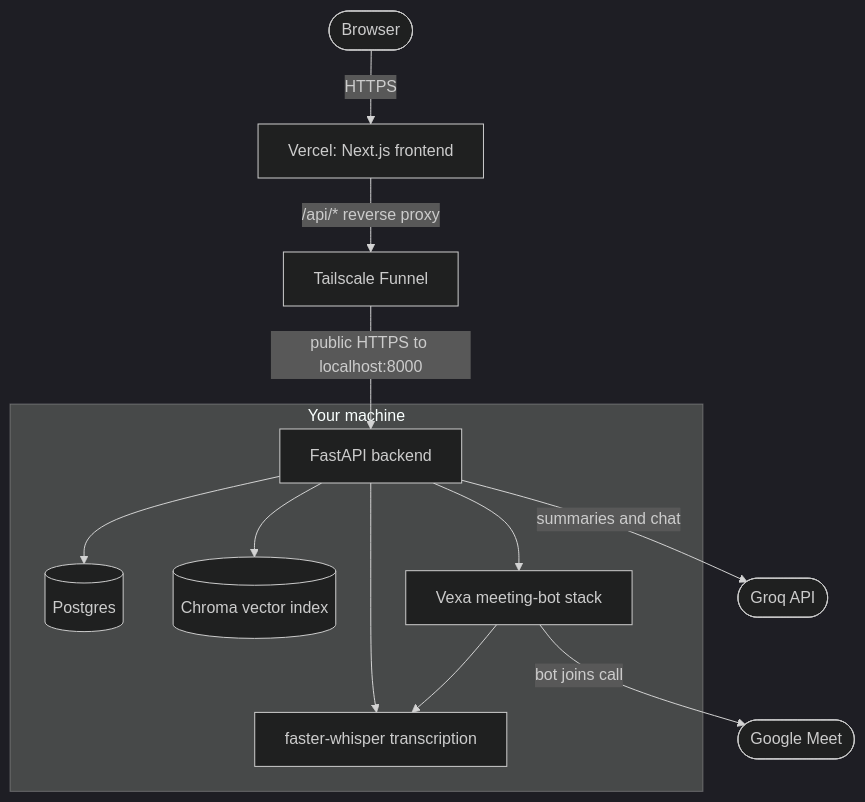
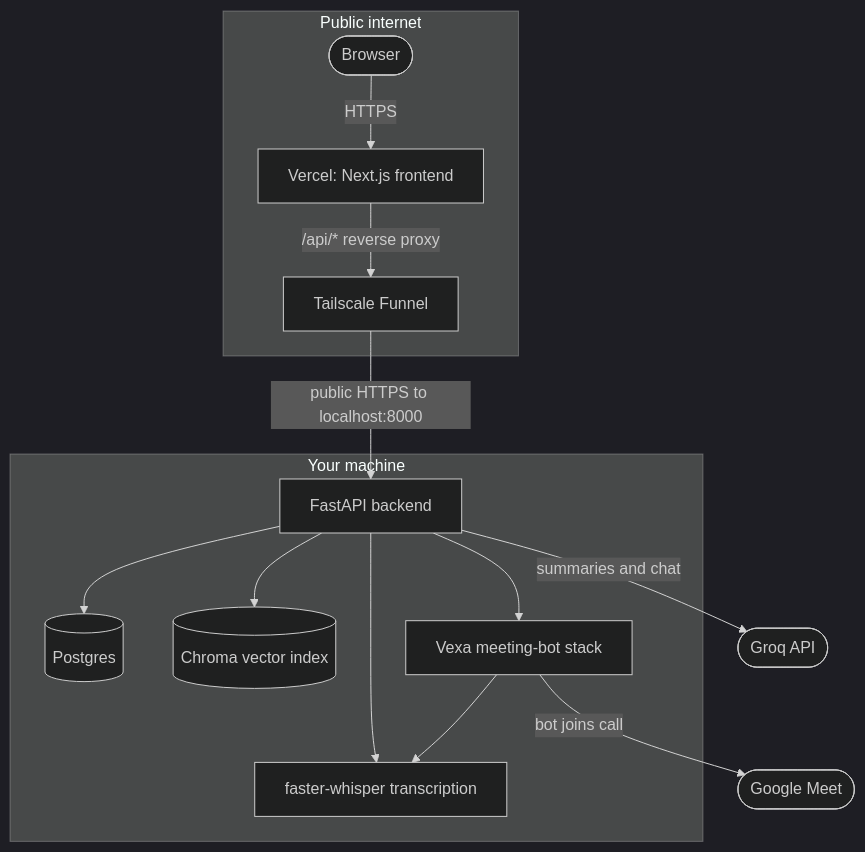
The first of 2 diagrams in README.md (Nishtha027/fireflies-meeting-bot), drawn with Mermaid (dark theme) before and after one commit.

Commit message:
docs(readme): group the internet-facing components in the architecture diagram
Mermaid kept drawing Tailscale Funnel inside the host-machine box; putting
Browser, Vercel and Funnel in their own "Public internet" group makes the
trust boundary explicit.

````diff
--- a/README.md
+++ b/README.md
@@ -44,17 +44,19 @@
 ```mermaid
 flowchart TD
-    U([Browser]) -->|HTTPS| V["Vercel: Next.js frontend"]
-    V -->|"/api/* reverse proxy"| F[Tailscale Funnel]
+    subgraph I["Public internet"]
+        U([Browser]) -->|HTTPS| V["Vercel: Next.js frontend"]
+        V -->|"/api/* reverse proxy"| F[Tailscale Funnel]
+    end
 
     subgraph H["Your machine"]
         A["FastAPI backend"] --> P[("Postgres")]
         A --> C[("Chroma vector index")]
         A --> X["Vexa meeting-bot stack"]
         A --> T["faster-whisper transcription"]
         X --> T
     end
 
     F -->|"public HTTPS to localhost:8000"| A
     X -->|bot joins call| M([Google Meet])
     A -->|summaries and chat| G([Groq API])
 ```
````
